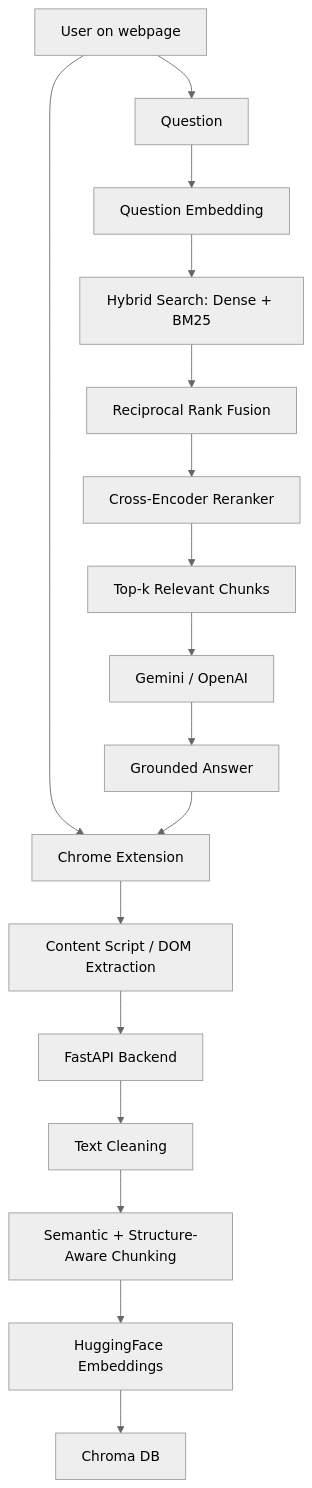
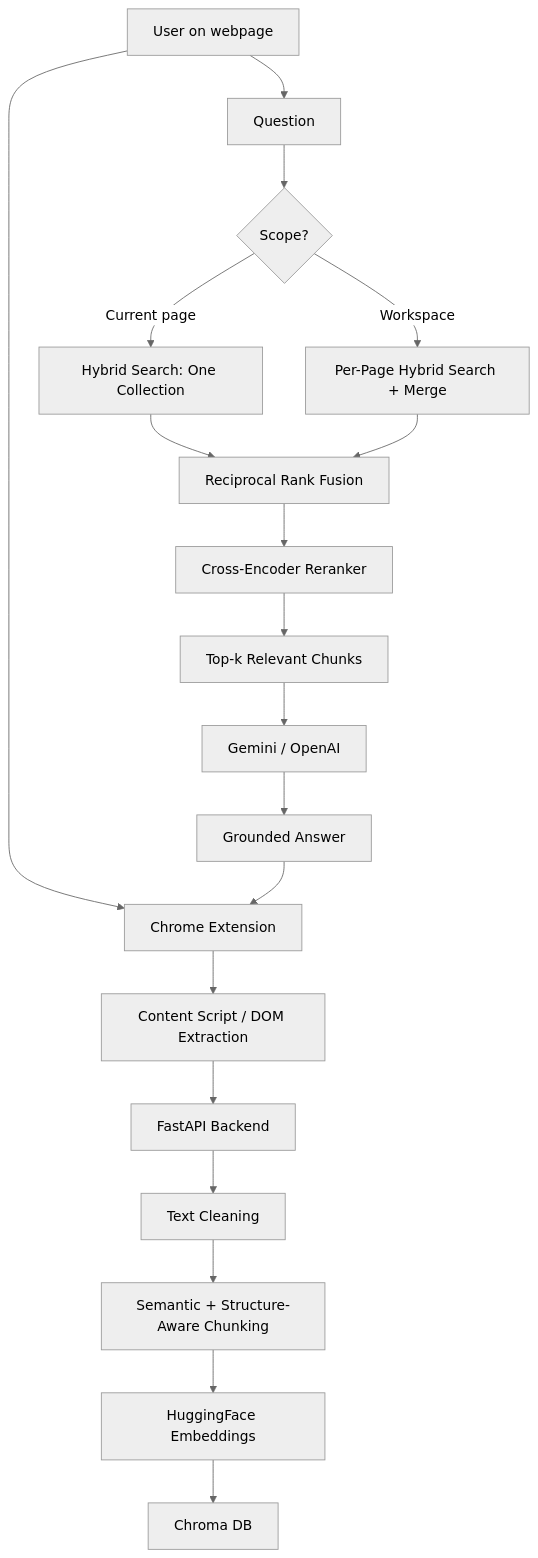
The diagram in README.md (solutionundertaken95/Changayi), drawn with Mermaid (neutral theme) before and after one commit. The commit also changed other lines of this file and 5 other files, not shown here.

````diff
--- a/README.md
+++ b/README.md
@@ -60,19 +64,21 @@
 ```mermaid
 flowchart TD
     User[User on webpage] --> Extension[Chrome Extension]
     Extension --> Scrape[Content Script / DOM Extraction]
     Scrape --> Backend[FastAPI Backend]
     Backend --> Cleaner[Text Cleaning]
     Cleaner --> Chunker[Semantic + Structure-Aware Chunking]
     Chunker --> Embedder[HuggingFace Embeddings]
     Embedder --> Chroma[Chroma DB]
     User --> Question[Question]
-    Question --> EmbedderQ[Question Embedding]
-    EmbedderQ --> Search[Hybrid Search: Dense + BM25]
-    Search --> Fuse[Reciprocal Rank Fusion]
+    Question --> Scope{Scope?}
+    Scope -->|Current page| Search1[Hybrid Search: One Collection]
+    Scope -->|Workspace| Fanout[Per-Page Hybrid Search + Merge]
+    Search1 --> Fuse[Reciprocal Rank Fusion]
+    Fanout --> Fuse
     Fuse --> Rerank[Cross-Encoder Reranker]
     Rerank --> Relevant[Top-k Relevant Chunks]
     Relevant --> LLM[Gemini / OpenAI]
     LLM --> Answer[Grounded Answer]
     Answer --> Extension
 ```
````
